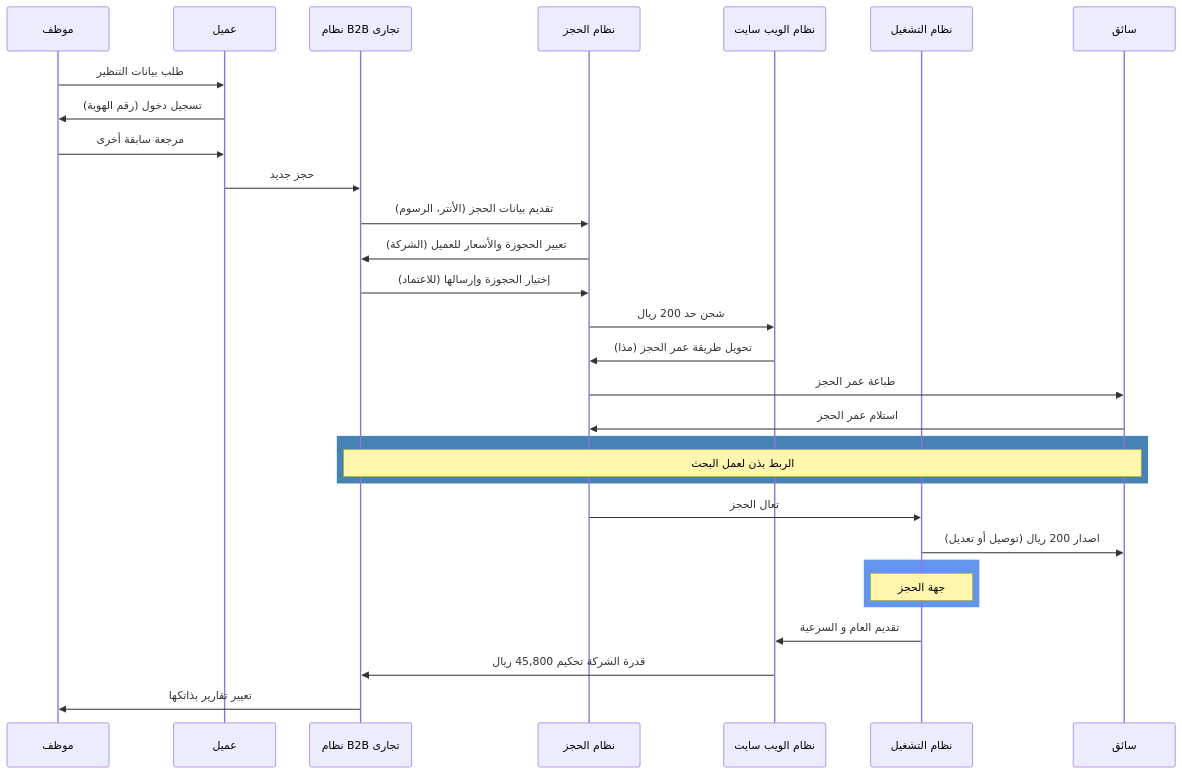
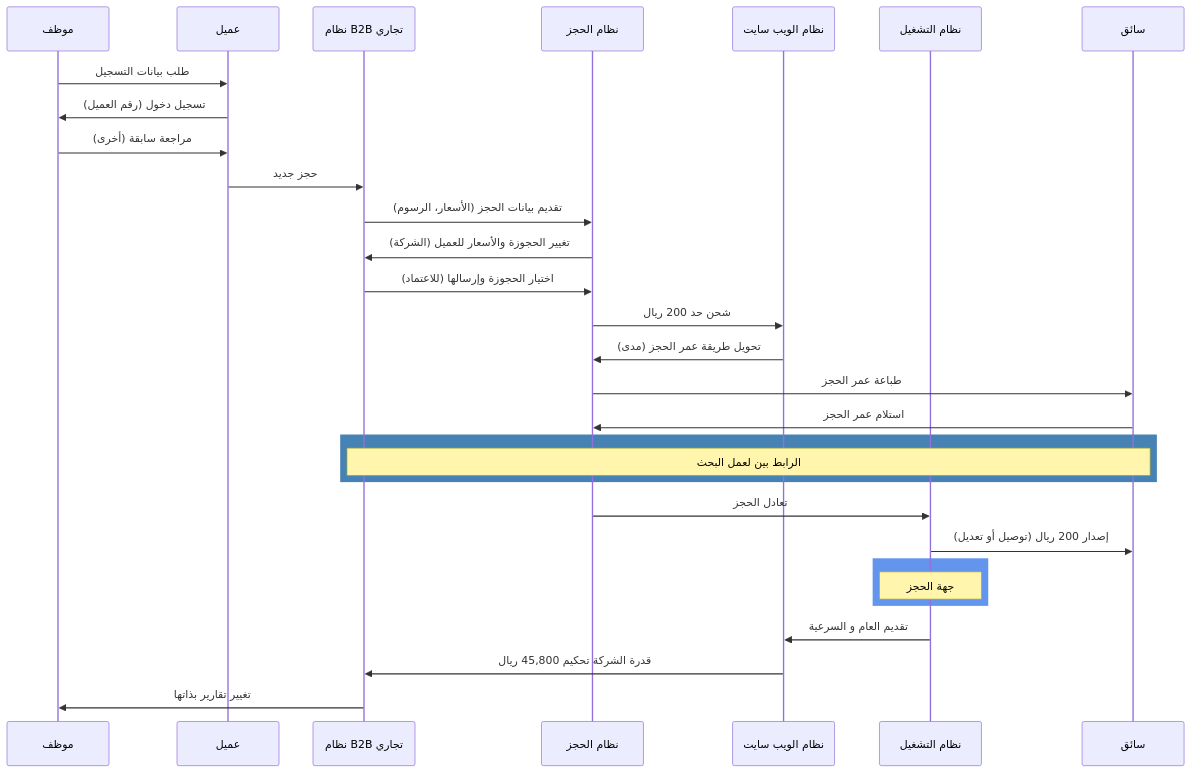
The fourth of 10 diagrams in diagrams.md (Rasheed1506993/B2C_B2B), drawn with Mermaid before and after one commit. The commit also changed other lines of this file, not shown here.

````diff
--- a/diagrams.md
+++ b/diagrams.md
@@ -283,37 +272,37 @@
 ```mermaid
 sequenceDiagram
-    participant Employee as موظف
-    participant Client as عميل
-    participant B2B as نظام B2B تجارى
-    participant Reservation as نظام الحجز
-    participant Website as نظام الويب سايت
-    participant Operations as نظام التشغيل
-    participant Driver as سائق
+    participant موظف
+    participant عميل
+    participant B2B as نظام B2B تجاري
+    participant حجز as نظام الحجز
+    participant ويب as نظام الويب سايت
+    participant تشغيل as نظام التشغيل
+    participant سائق
 
-    Employee->>Client: طلب بيانات التنظير
-    Client->>Employee: تسجيل دخول (رقم الهوية)
-    Employee->>Client: مرجعة سابقة أخرى
-    Client->>B2B: حجز جديد
-    B2B->>Reservation: تقديم بيانات الحجز (الأنتر، الرسوم)
-    Reservation->>B2B: تعيير الحجوزة والأسعار للعميل (الشركة)
-    B2B->>Reservation: إختيار الحجوزة وإرسالها (للاعتماد)
-    Reservation->>Website: شحن حد 200 ريال
-    Website->>Reservation: تحويل طريقة عمر الحجز (مذا)
-    Reservation->>Driver: طباعة عمر الحجز
-    Driver->>Reservation: استلام عمر الحجز
+    موظف->>عميل: طلب بيانات التسجيل
+    عميل->>موظف: تسجيل دخول (رقم العميل)
+    موظف->>عميل: مراجعة سابقة (أخرى)
+    عميل->>B2B: حجز جديد
+    B2B->>حجز: تقديم بيانات الحجز (الأسعار، الرسوم)
+    حجز->>B2B: تغيير الحجوزة والأسعار للعميل (الشركة)
+    B2B->>حجز: اختيار الحجوزة وإرسالها (للاعتماد)
+    حجز->>ويب: شحن حد 200 ريال
+    ويب->>حجز: تحويل طريقة عمر الحجز (مدى)
+    حجز->>سائق: طباعة عمر الحجز
+    سائق->>حجز: استلام عمر الحجز
     
     rect rgb(70, 130, 180)
-        Note over B2B,Driver: الربط بذن لعمل البحث
+        Note over B2B,سائق: الرابط بين لعمل البحث
     end
     
-    Reservation->>Operations: تعال الحجز
-    Operations->>Driver: اصدار 200 ريال (توصيل أو تعديل)
+    حجز->>تشغيل: تعادل الحجز
+    تشغيل->>سائق: إصدار 200 ريال (توصيل أو تعديل)
     
     rect rgb(100, 149, 237)
-        Note over Operations: جهة الحجز
+        Note over تشغيل: جهة الحجز
     end
     
-    Operations->>Website: تقديم العام و السرعية
-    Website->>B2B: قدرة الشركة تحكيم 45,800 ريال
-    B2B->>Employee: تعيير تقارير بذاتكها
+    تشغيل->>ويب: تقديم العام و السرعية
+    ويب->>B2B: قدرة الشركة تحكيم 45,800 ريال
+    B2B->>موظف: تغيير تقارير بذاتها
 ```
````
